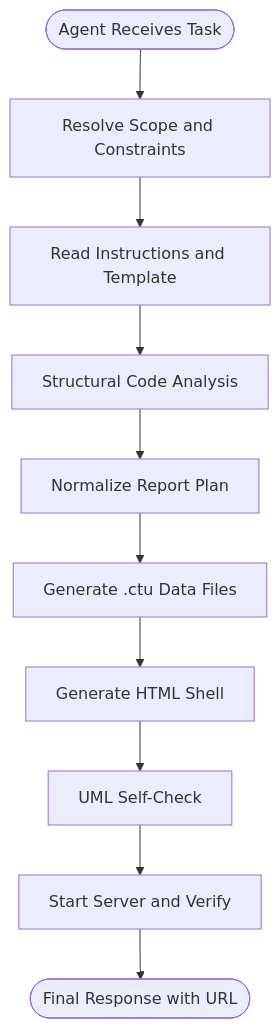
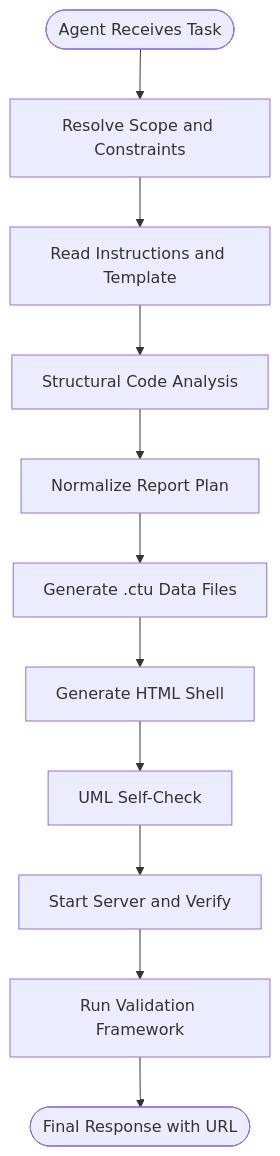
The third of 8 diagrams in .qoder/repowiki/en/content/AI Agent Integration/AI Agent Integration.md (pingwurth/code-to-uml), drawn with Mermaid before and after one commit. The commit also changed other lines of this file and 55 other files, not shown here.

````diff
--- a/.qoder/repowiki/en/content/AI Agent Integration/AI Agent Integration.md
+++ b/.qoder/repowiki/en/content/AI Agent Integration/AI Agent Integration.md
@@ -130,12 +172,13 @@
 ```mermaid
 flowchart TD
 Start(["Agent Receives Task"]) --> Scope["Resolve Scope and Constraints"]
 Scope --> Template["Read Instructions and Template"]
 Template --> Analyze["Structural Code Analysis"]
 Analyze --> Plan["Normalize Report Plan"]
 Plan --> DataGen["Generate .ctu Data Files"]
 DataGen --> HtmlGen["Generate HTML Shell"]
 HtmlGen --> UmlCheck["UML Self-Check"]
 UmlCheck --> Server["Start Server and Verify"]
-Server --> Done(["Final Response with URL"])
+Server --> Validate["Run Validation Framework"]
+Validate --> Done(["Final Response with URL"])
 ```
````
